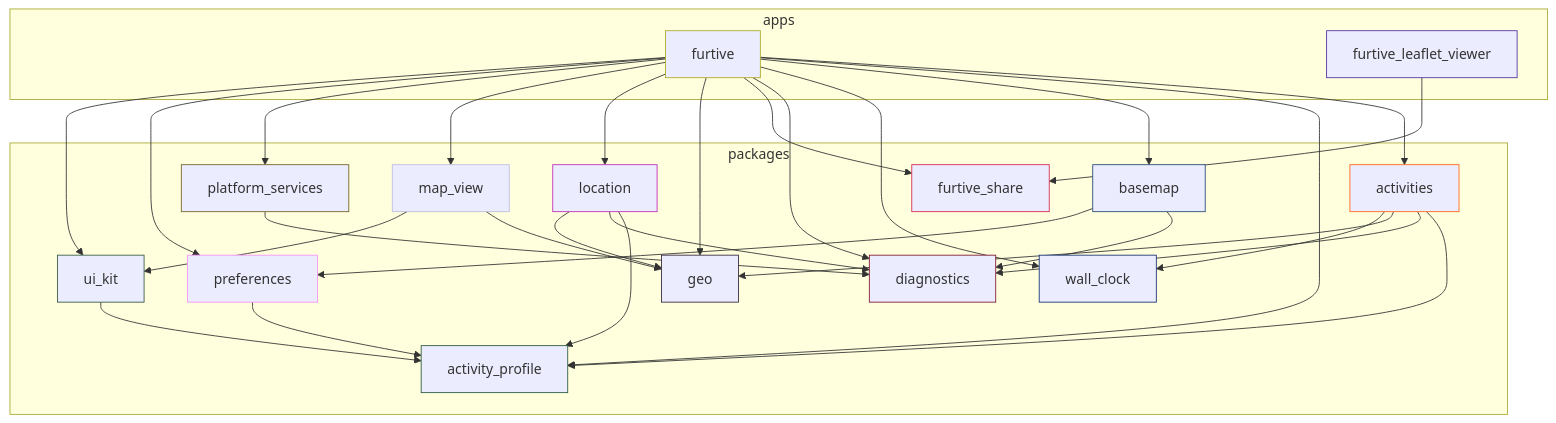
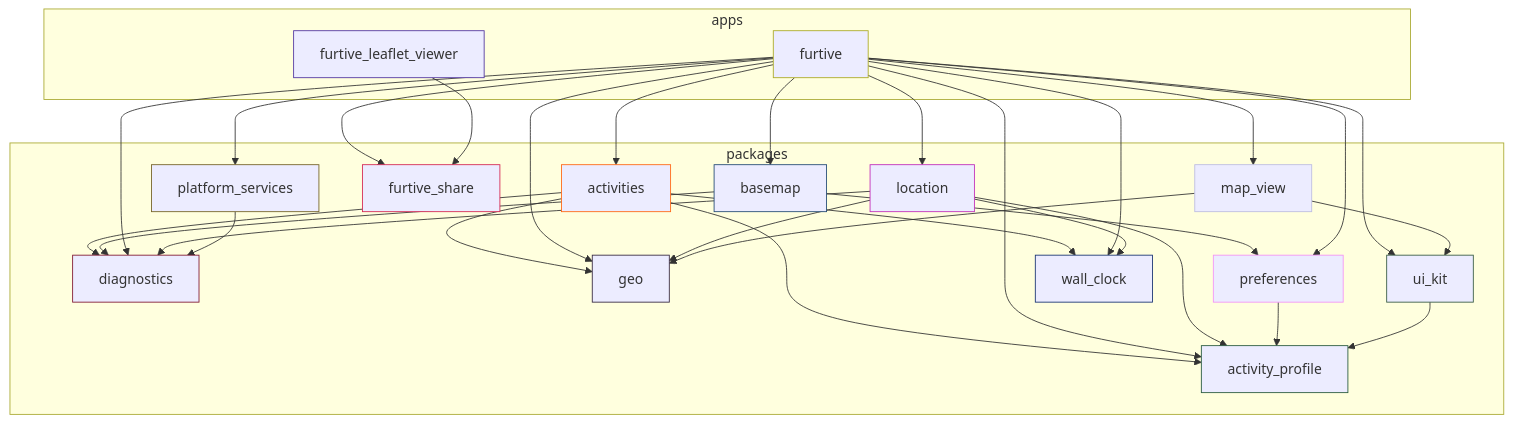
Before and after one commit to ethicnology-agent/furtive: the diagram in docs/module-graph.md, drawn with Mermaid. The commit also changed 13 other files, not shown here.

````diff
--- a/docs/module-graph.md
+++ b/docs/module-graph.md
@@ -5,76 +5,77 @@
 ```mermaid
 graph TD
   activities["activities"]
   style activities stroke:#ff6714
   activity_profile["activity_profile"]
   style activity_profile stroke:#295a3f
   basemap["basemap"]
   style basemap stroke:#244b75
   diagnostics["diagnostics"]
   style diagnostics stroke:#811832
   furtive["furtive"]
   style furtive stroke:#acaa26
   furtive_leaflet_viewer["furtive_leaflet_viewer"]
   style furtive_leaflet_viewer stroke:#5135a1
   furtive_share["furtive_share"]
   style furtive_share stroke:#d42752
   geo["geo"]
   style geo stroke:#362842
   location["location"]
   style location stroke:#c12dba
   map_view["map_view"]
   style map_view stroke:#bdbde1
   platform_services["platform_services"]
   style platform_services stroke:#746227
   preferences["preferences"]
   style preferences stroke:#f493f6
   ui_kit["ui_kit"]
   style ui_kit stroke:#375a43
   wall_clock["wall_clock"]
   style wall_clock stroke:#173271
   activities --> activity_profile
   activities --> diagnostics
   activities --> geo
   activities --> wall_clock
   basemap --> diagnostics
   basemap --> preferences
   furtive --> activities
   furtive --> activity_profile
   furtive --> basemap
   furtive --> wall_clock
   furtive --> diagnostics
   furtive --> furtive_share
   furtive --> geo
   furtive --> location
   furtive --> map_view
   furtive --> platform_services
   furtive --> preferences
   furtive --> ui_kit
   furtive_leaflet_viewer --> furtive_share
   location --> activity_profile
   location --> diagnostics
   location --> geo
+  location --> wall_clock
   map_view --> geo
   map_view --> ui_kit
   platform_services --> diagnostics
   preferences --> activity_profile
   ui_kit --> activity_profile
   subgraph packages0 ["packages"]
     activities
     activity_profile
     basemap
     diagnostics
     furtive_share
     geo
     location
     map_view
     platform_services
     preferences
     ui_kit
     wall_clock
   end
   subgraph apps1 ["apps"]
     furtive
     furtive_leaflet_viewer
   end
 ```
````
